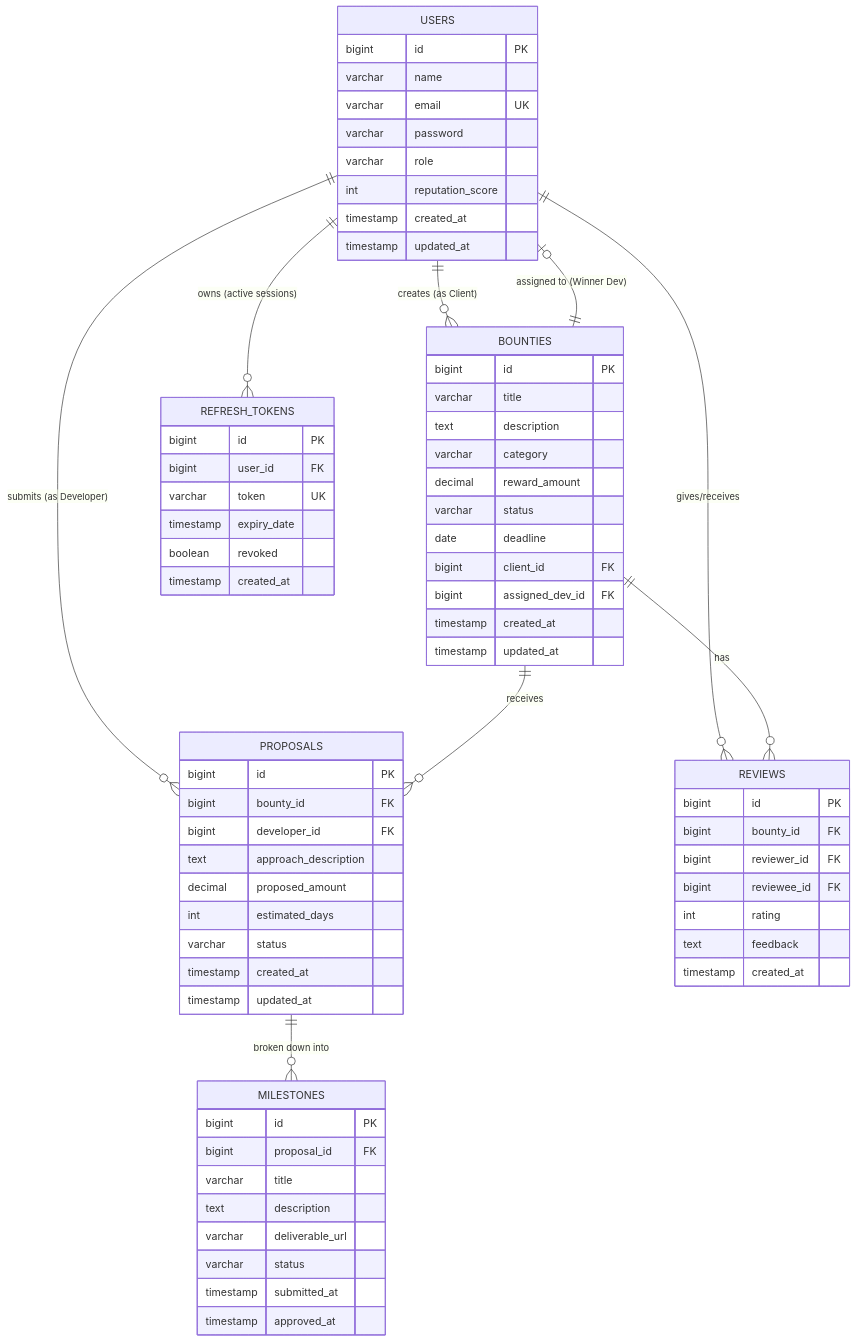
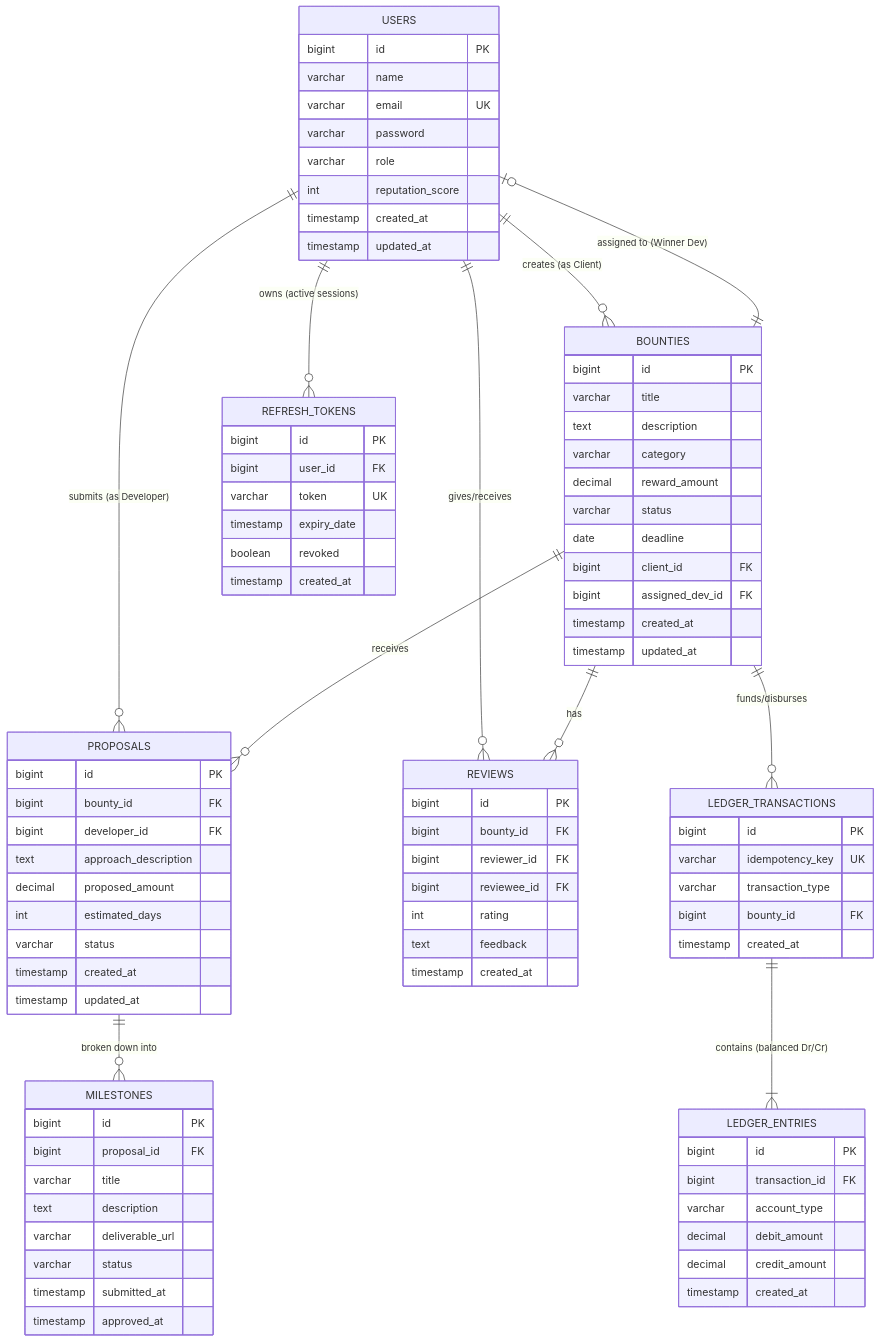
One commit to gargnikunj991-ux/OpenBounty changed the first of 2 diagrams in SYSTEM_DESIGN.md. Above: the diagram before and after it, drawn with Mermaid. The commit also changed other lines of this file and 4 other files, not shown here.

````diff
--- a/SYSTEM_DESIGN.md
+++ b/SYSTEM_DESIGN.md
@@ -49,6 +50,8 @@
     BOUNTIES ||--o| USERS : "assigned to (Winner Dev)"
     PROPOSALS ||--o{ MILESTONES : "broken down into"
     BOUNTIES ||--o{ REVIEWS : "has"
+    BOUNTIES ||--o{ LEDGER_TRANSACTIONS : "funds/disburses"
+    LEDGER_TRANSACTIONS ||--|{ LEDGER_ENTRIES : "contains (balanced Dr/Cr)"
 
     USERS {
         bigint id PK
@@ -116,4 +119,21 @@
         boolean revoked
         timestamp created_at
     }
+
+    LEDGER_TRANSACTIONS {
+        bigint id PK
+        varchar idempotency_key UK
+        varchar transaction_type
+        bigint bounty_id FK
+        timestamp created_at
+    }
+
+    LEDGER_ENTRIES {
+        bigint id PK
+        bigint transaction_id FK
+        varchar account_type
+        decimal debit_amount
+        decimal credit_amount
+        timestamp created_at
+    }
 ```
````
